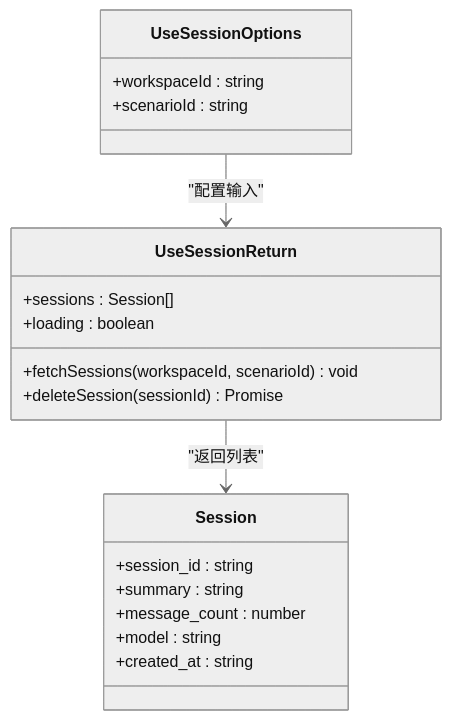
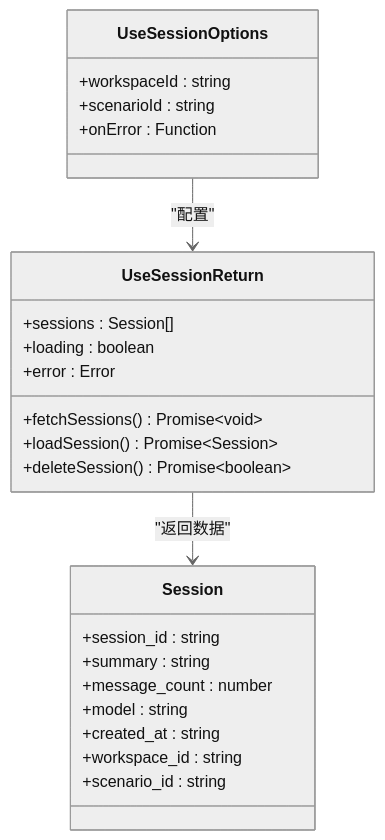
One commit to inier/ontology-graphiti changed the fifth of 8 diagrams in .qoder/repowiki/zh/content/前端架构/业务模块前端实现/QA模块.md. Above: the diagram before and after it, drawn with Mermaid (neutral theme). The commit also changed other lines of this file and 8 other files, not shown here.

````diff
--- a/.qoder/repowiki/zh/content/前端架构/业务模块前端实现/QA模块.md
+++ b/.qoder/repowiki/zh/content/前端架构/业务模块前端实现/QA模块.md
@@ -158,22 +212,27 @@
 ```mermaid
 classDiagram
 class UseSessionOptions {
 +workspaceId : string
 +scenarioId : string
++onError : Function
 }
 class Session {
 +session_id : string
 +summary : string
 +message_count : number
 +model : string
 +created_at : string
++workspace_id : string
++scenario_id : string
 }
 class UseSessionReturn {
 +sessions : Session[]
 +loading : boolean
-+fetchSessions(workspaceId, scenarioId) void
-+deleteSession(sessionId) Promise<void>
++error : Error
++fetchSessions() Promise~void~
++loadSession() Promise~Session~
++deleteSession() Promise~boolean~
 }
-UseSessionOptions --> UseSessionReturn : "配置输入"
-UseSessionReturn --> Session : "返回列表"
+UseSessionOptions --> UseSessionReturn : "配置"
+UseSessionReturn --> Session : "返回数据"
 ```
````
